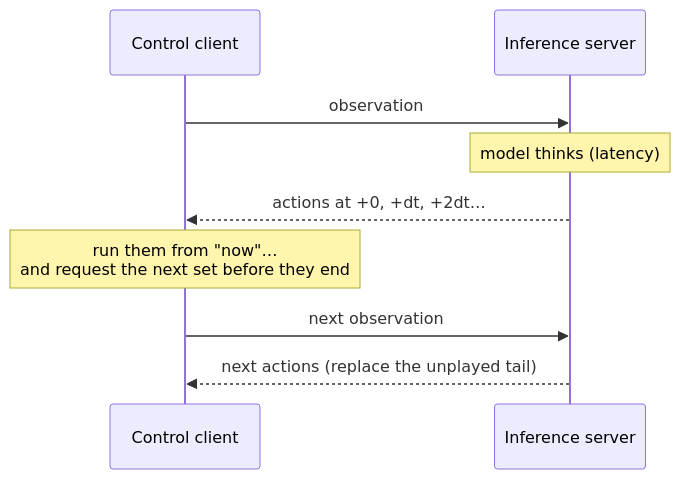
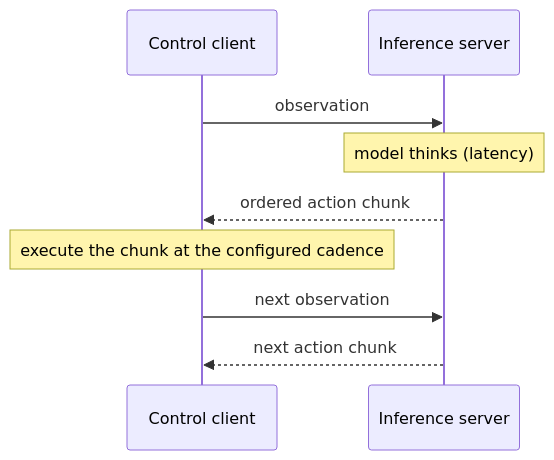
One commit to Positronic-Robotics/positronic changed the second of 2 diagrams in docs/connect-your-model.md. Above: the diagram before and after it, drawn with Mermaid. The commit also changed other lines of this file and 106 other files, not shown here.

````diff
--- a/docs/connect-your-model.md
+++ b/docs/connect-your-model.md
@@ -67,11 +67,11 @@
 ```mermaid
 sequenceDiagram
     participant C as Control client
     participant S as Inference server
     C->>S: observation
     Note over S: model thinks (latency)
-    S-->>C: actions at +0, +dt, +2dt…
-    Note over C: run them from "now"…<br/>and request the next set before they end
+    S-->>C: ordered action chunk
+    Note over C: execute the chunk at the configured cadence
     C->>S: next observation
-    S-->>C: next actions (replace the unplayed tail)
+    S-->>C: next action chunk
 ```
````
